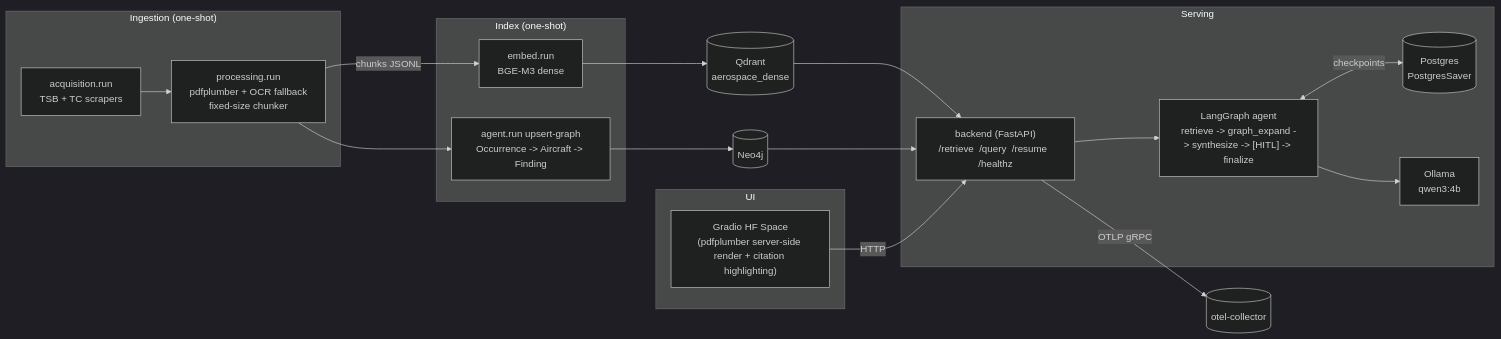
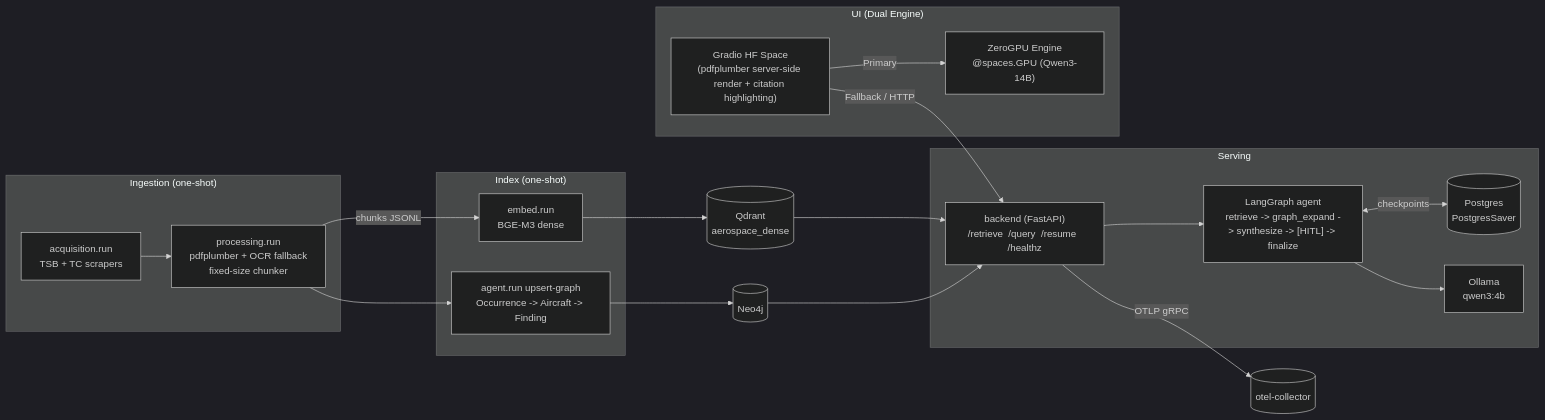
The diagram in docs/ARCHITECTURE.md (ahmedshahrukhali/graphrag-aero), drawn with Mermaid (dark theme) before and after one commit. The commit also changed other lines of this file and 2 other files, not shown here.

First line of the commit message:
docs: P9 refresh for ZeroGPU dual-engine setup

````diff
--- a/docs/ARCHITECTURE.md
+++ b/docs/ARCHITECTURE.md
@@ -10,37 +10,39 @@
 ```mermaid
 flowchart LR
     subgraph "Ingestion (one-shot)"
         ACQ["acquisition.run<br/>TSB + TC scrapers"]
         PRC["processing.run<br/>pdfplumber + OCR fallback<br/>fixed-size chunker"]
         ACQ --> PRC
     end
 
     subgraph "Index (one-shot)"
         EMB["embed.run<br/>BGE-M3 dense"]
         GRA["agent.run upsert-graph<br/>Occurrence -> Aircraft -> Finding"]
     end
 
     PRC -->|"chunks JSONL"| EMB --> QDR[(Qdrant<br/>aerospace_dense)]
     PRC --> GRA --> NEO[(Neo4j)]
 
     subgraph "Serving"
         BE["backend (FastAPI)<br/>/retrieve  /query  /resume  /healthz"]
         AG["LangGraph agent<br/>retrieve -> graph_expand -> synthesize -> [HITL] -> finalize"]
         CHK[(Postgres<br/>PostgresSaver)]
         OL["Ollama<br/>qwen3:4b"]
     end
 
     QDR --> BE
     NEO --> BE
     BE --> AG
     AG <-->|"checkpoints"| CHK
     AG --> OL
 
     BE -->|"OTLP gRPC"| OTC[("otel-collector")]
 
-    subgraph "UI"
+    subgraph "UI (Dual Engine)"
         HF["Gradio HF Space<br/>(pdfplumber server-side render + citation highlighting)"]
+        ZGPU["ZeroGPU Engine<br/>@spaces.GPU (Qwen3-14B)"]
     end
 
-    HF -->|"HTTP"| BE
+    HF -->|"Primary"| ZGPU
+    HF -->|"Fallback / HTTP"| BE
 ```
````
